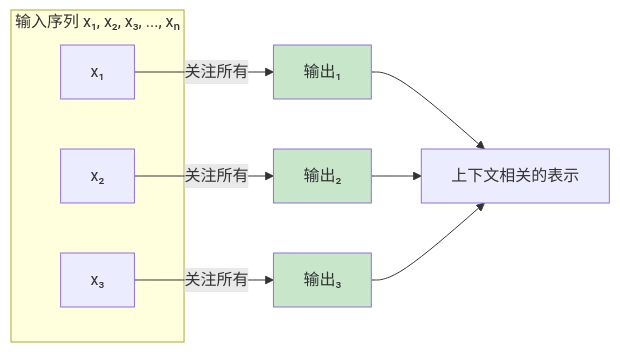
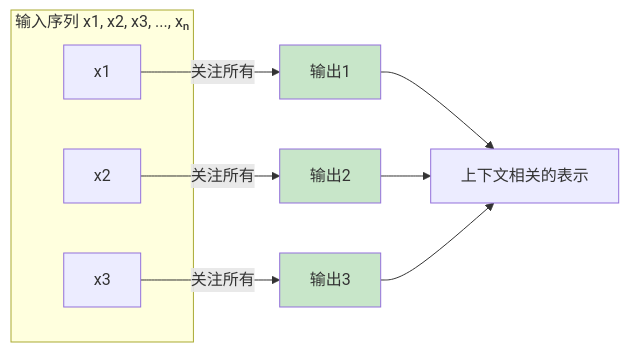
Before and after one commit to doge-liang/from-function-to-transformer: the second of 6 diagrams in docs/04-next-steps.md, drawn with Mermaid. The commit also changed 3 other files, not shown here.

First line of the commit message:
Fix mermaid special characters

````diff
--- a/docs/04-next-steps.md
+++ b/docs/04-next-steps.md
@@ -49,20 +49,20 @@
 ```mermaid
 graph LR
-    subgraph 序列["输入序列 x₁, x₂, x₃, ..., xₙ"]
-    x1[x₁]
-    x2[x₂]
-    x3[x₃]
+    subgraph 序列["输入序列 x1, x2, x3, ..., xₙ"]
+    x1[x1]
+    x2[x2]
+    x3[x3]
     end
 
-    x1 -->|"关注所有"| out1[输出₁]
-    x2 -->|"关注所有"| out2[输出₂]
-    x3 -->|"关注所有"| out3[输出₃]
+    x1 -->|"关注所有"| out1[输出1]
+    x2 -->|"关注所有"| out2[输出2]
+    x3 -->|"关注所有"| out3[输出3]
 
     out1 --> final[上下文相关的表示]
     out2 --> final
     out3 --> final
 
     style out1 fill:#c8e6c9
     style out2 fill:#c8e6c9
     style out3 fill:#c8e6c9
 ```
````
